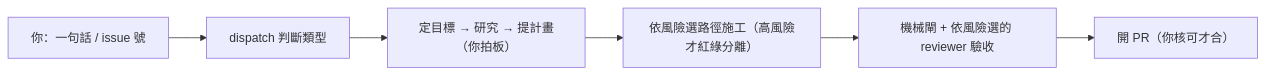
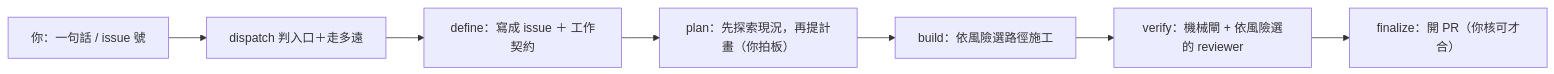
Before and after one commit to adha9990/dev-workflows: the first of 4 diagrams in plugins/loops-workflow/docs/FLOW.md, drawn with Mermaid. The commit also changed other lines of this file and 62 other files, not shown here.

````diff
--- a/plugins/loops-workflow/docs/FLOW.md
+++ b/plugins/loops-workflow/docs/FLOW.md
@@ -16,8 +16,9 @@
 ```mermaid
 flowchart LR
-    A["你：一句話 / issue 號"] --> B["dispatch 判斷類型"]
-    B --> C["定目標 → 研究 → 提計畫（你拍板）"]
-    C --> D["依風險選路徑施工（高風險才紅綠分離）"]
-    D --> E["機械閘 + 依風險選的 reviewer 驗收"]
-    E --> F["開 PR（你核可才合）"]
+    A["你：一句話 / issue 號"] --> B["dispatch 判入口＋走多遠"]
+    B --> C["define：寫成 issue ＋ 工作契約"]
+    C --> D["plan：先探索現況，再提計畫（你拍板）"]
+    D --> E["build：依風險選路徑施工"]
+    E --> F["verify：機械閘 + 依風險選的 reviewer"]
+    F --> G["finalize：開 PR（你核可才合）"]
 ```
````
